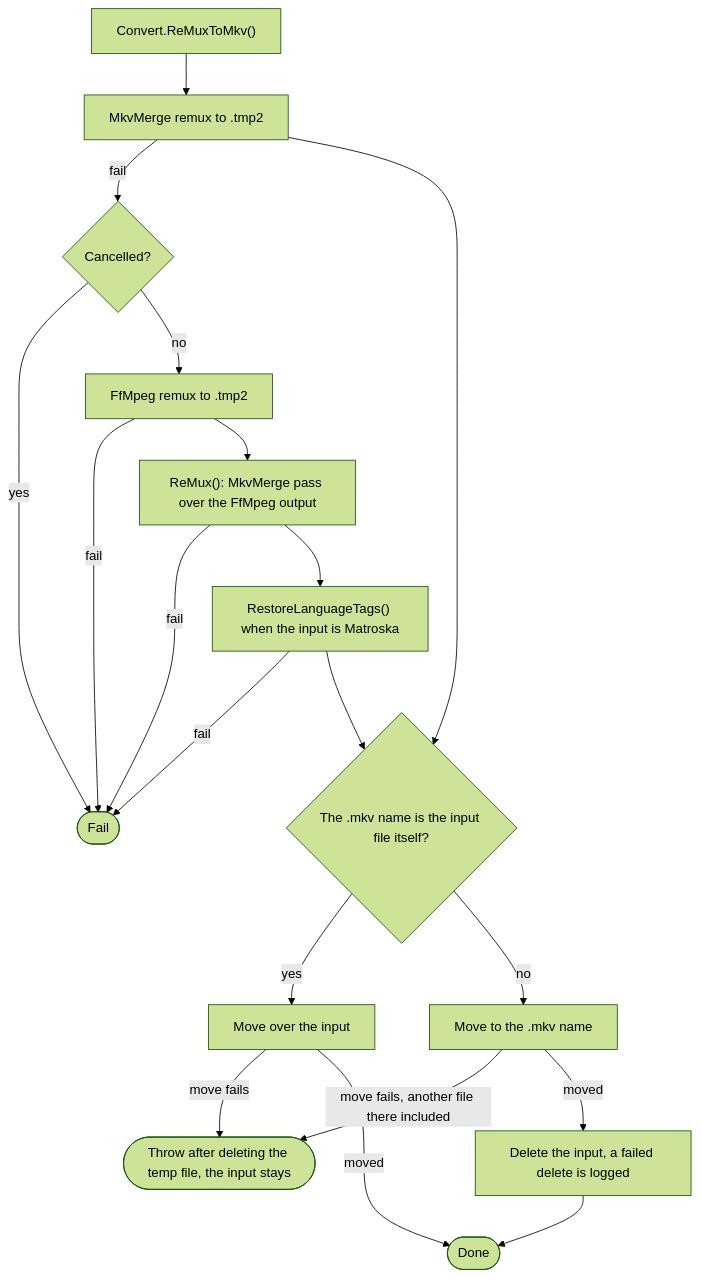
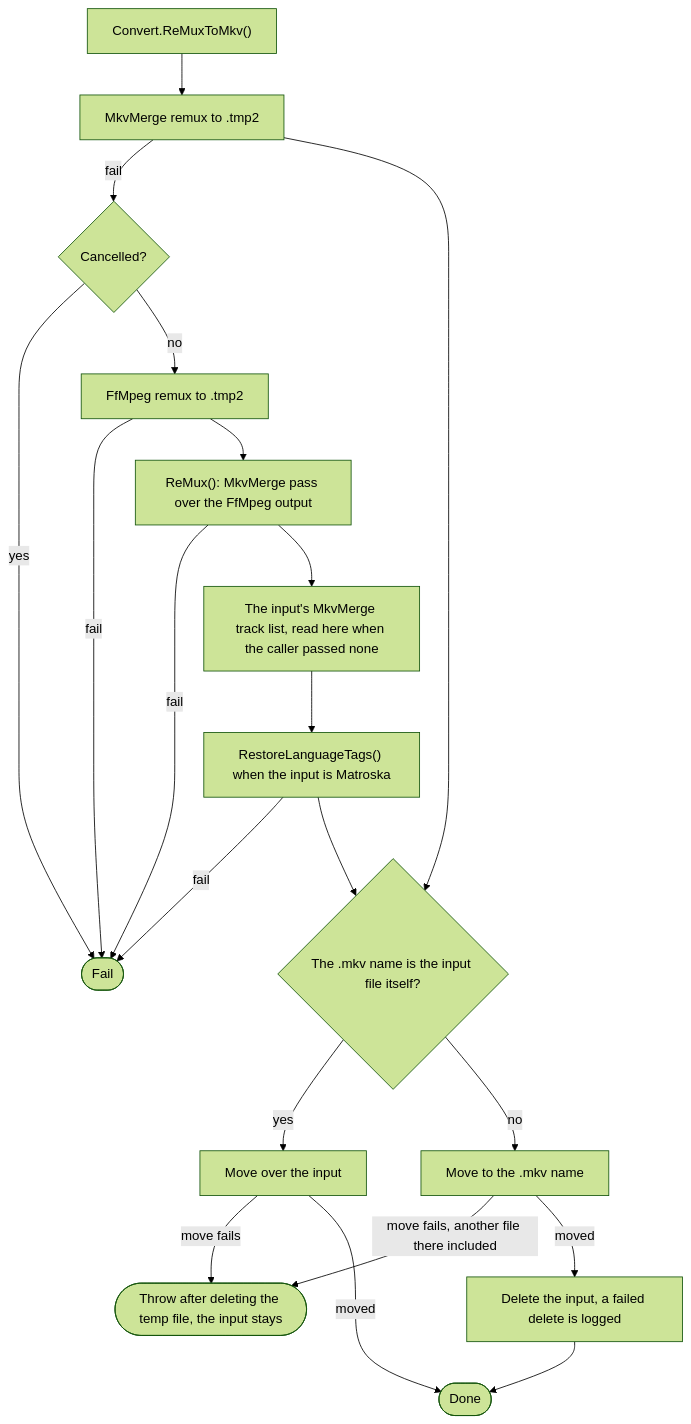
The fifth of 20 diagrams in ARCHITECTURE.md (ptr727/PlexCleaner), drawn with Mermaid (forest theme) before and after one commit. The commit also changed other lines of this file and 2 other files, not shown here.

Commit message:
Read Props Only in the FFmpeg Fallback for a Remux by Extension

````diff
--- a/ARCHITECTURE.md
+++ b/ARCHITECTURE.md
@@ -436,21 +436,22 @@
 ```mermaid
 flowchart TD
   X0["Convert.ReMuxToMkv()"] --> X1["MkvMerge remux to .tmp2"]
   X1 -->|fail| X2{"Cancelled?"}
   X2 -->|yes| XF(["Fail"])
   X2 -->|no| X3["FfMpeg remux to .tmp2"]
   X3 -->|fail| XF
   X3 --> X4["ReMux(): MkvMerge pass over the FfMpeg output"]
   X4 -->|fail| XF
-  X4 --> X9["RestoreLanguageTags() when the input is Matroska"]
+  X4 --> X10["The input's MkvMerge track list, read here when the caller passed none"]
+  X10 --> X9["RestoreLanguageTags() when the input is Matroska"]
   X9 -->|fail| XF
   X1 --> X5{"The .mkv name is the input file itself?"}
   X9 --> X5
   X5 -->|yes| X6["Move over the input"]
   X5 -->|no| X7["Move to the .mkv name"]
   X6 -->|"move fails"| XT(["Throw after deleting the temp file, the input stays"])
   X7 -->|"move fails, another file there included"| XT
   X7 -->|moved| X8["Delete the input, a failed delete is logged"]
   X6 -->|moved| XOK(["Done"])
   X8 --> XOK
 ```
````
